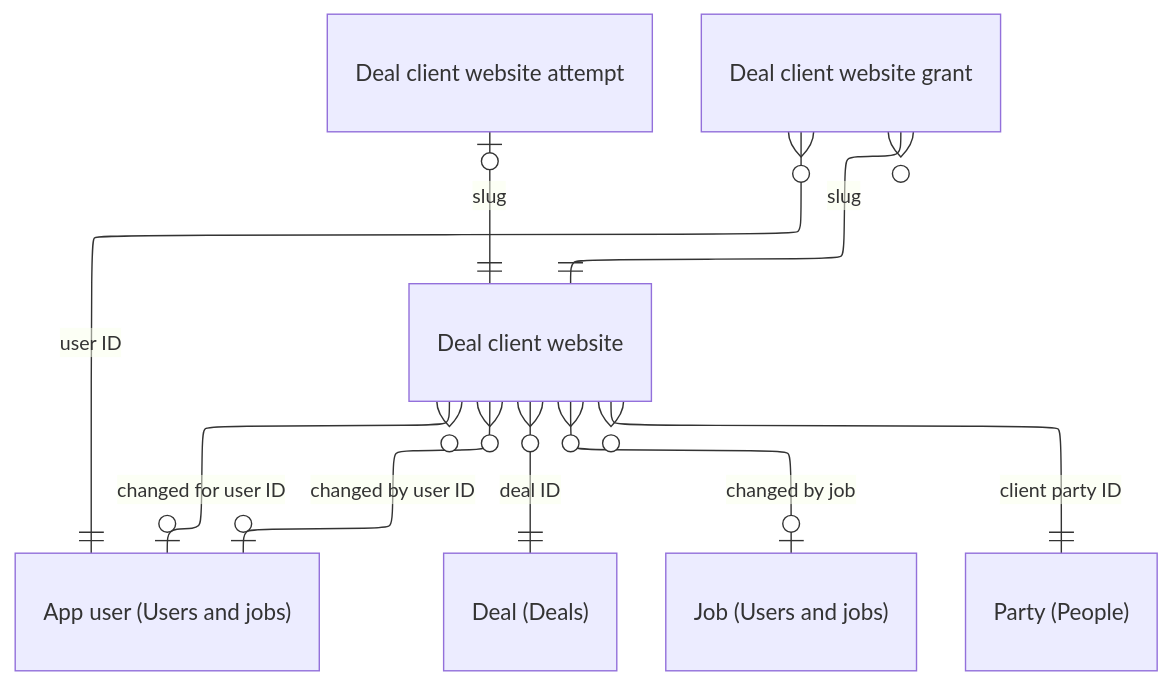
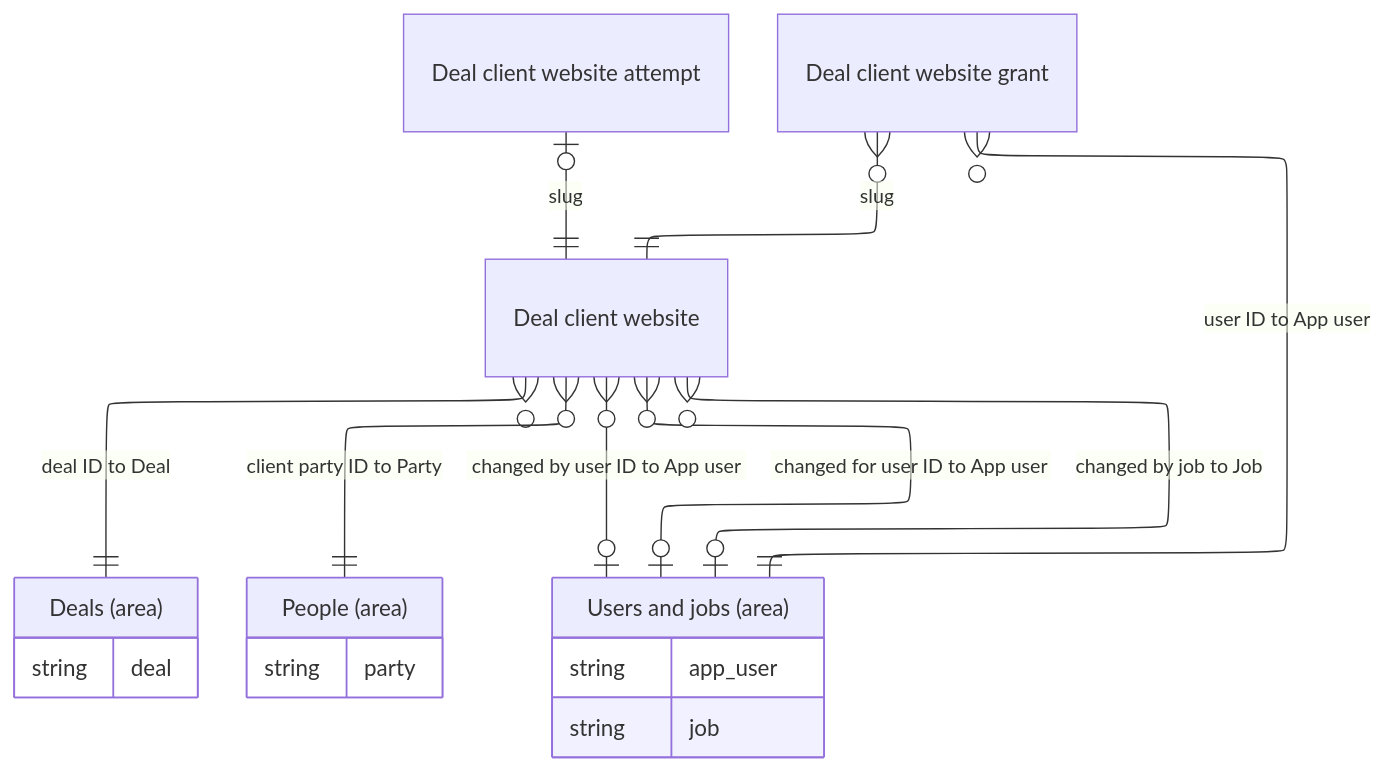
One commit to DoctorCRE/doctorcre-engine changed the diagram in docs/database/tables/viewpoint-website.md. Above: the diagram before and after it, drawn with Mermaid. The commit also changed 152 other files, not shown here.

````diff
--- a/docs/database/tables/viewpoint-website.md
+++ b/docs/database/tables/viewpoint-website.md
@@ -3,21 +3,31 @@
 ```mermaid
 ---
 config:
   layout: elk
   er:
     nodeSpacing: 22
     rankSpacing: 44
 ---
 erDiagram
   "Deal client website"
   "Deal client website attempt"
   "Deal client website grant"
-  "Deal client website" }o--o| "App user (Users and jobs)" : "changed by user ID"
-  "Deal client website" }o--o| "App user (Users and jobs)" : "changed for user ID"
-  "Deal client website" }o--|| "Deal (Deals)" : "deal ID"
-  "Deal client website" }o--o| "Job (Users and jobs)" : "changed by job"
-  "Deal client website" }o--|| "Party (People)" : "client party ID"
+  "Deals (area)" {
+    string deal
+  }
+  "People (area)" {
+    string party
+  }
+  "Users and jobs (area)" {
+    string app_user
+    string job
+  }
+  "Deal client website" }o--o| "Users and jobs (area)" : "changed by user ID to App user"
+  "Deal client website" }o--o| "Users and jobs (area)" : "changed for user ID to App user"
+  "Deal client website" }o--|| "Deals (area)" : "deal ID to Deal"
+  "Deal client website" }o--o| "Users and jobs (area)" : "changed by job to Job"
+  "Deal client website" }o--|| "People (area)" : "client party ID to Party"
   "Deal client website attempt" |o--|| "Deal client website" : "slug"
-  "Deal client website grant" }o--|| "App user (Users and jobs)" : "user ID"
+  "Deal client website grant" }o--|| "Users and jobs (area)" : "user ID to App user"
   "Deal client website grant" }o--|| "Deal client website" : "slug"
 ```
````
